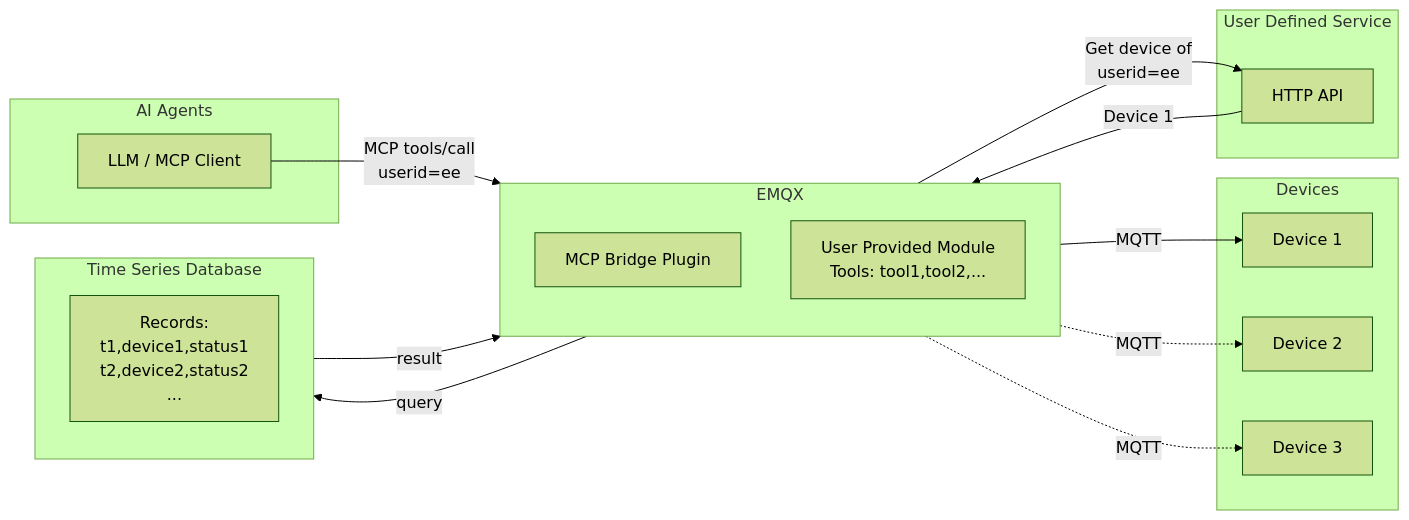
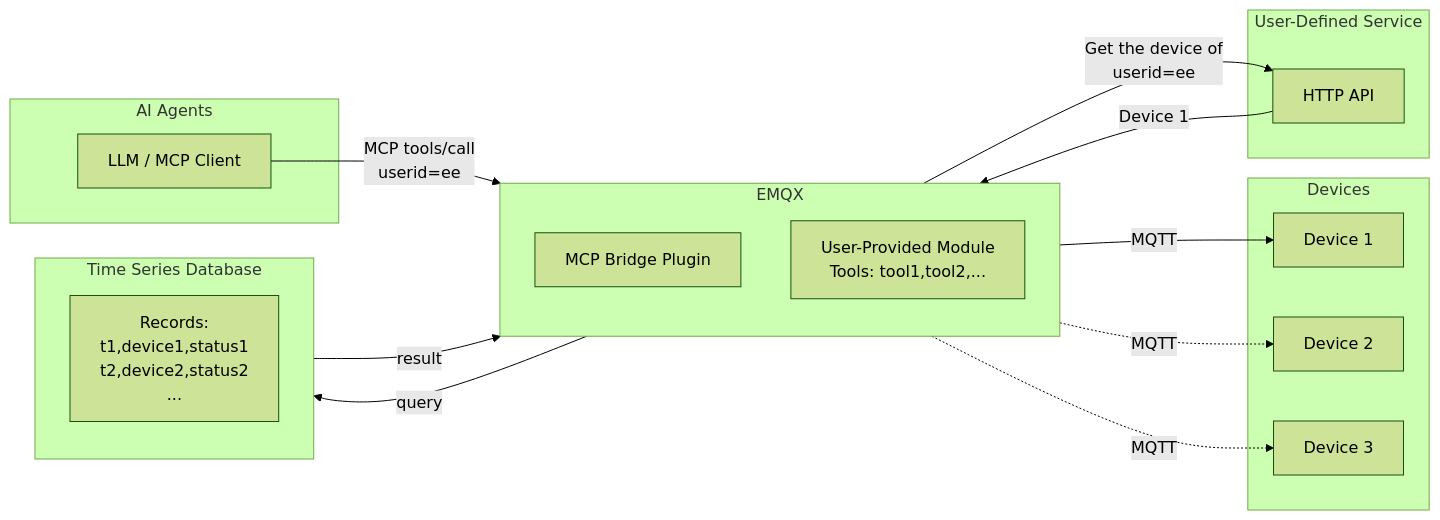
The third of 3 diagrams in zh_CN/emqx-ai/mcp-bridge/overview.md (emqx/emqx-docs), drawn with Mermaid (forest theme) before and after one commit. The commit also changed 60 other files, not shown here.

````diff
--- a/zh_CN/emqx-ai/mcp-bridge/overview.md
+++ b/zh_CN/emqx-ai/mcp-bridge/overview.md
@@ -65,31 +65,31 @@
 ```mermaid
 graph LR
     subgraph "AI Agents"
         M1[LLM / MCP Client]
     end
     subgraph "Devices"
         D1[Device 1]
         D2[Device 2]
         D3[Device 3]
     end
     subgraph EMQX["EMQX"]
         direction BT
         MB[MCP Bridge Plugin]
-        CM[User Provided Module<br>Tools: tool1,tool2,...]
+        CM[User-Provided Module<br>Tools: tool1,tool2,...]
         MB --> |MQTT| D1
         MB -.-> |MQTT| D2
         MB -.-> |MQTT| D3
         M1 --> |MCP tools/call<br>userid=ee| MB
     end
     subgraph TSDB["Time Series Database"]
         R1[Records:<br>t1,device1,status1<br>t2,device2,status2<br>...]
     end
-    subgraph "User Defined Service"
+    subgraph "User-Defined Service"
         UDS[HTTP API]
         
     end
     CM --> |query| TSDB
     TSDB --> |result| CM
-    CM --> |Get device of<br>userid=ee| UDS
+    CM --> |Get the device of<br>userid=ee| UDS
     UDS --> |Device 1| CM
 ```
````
